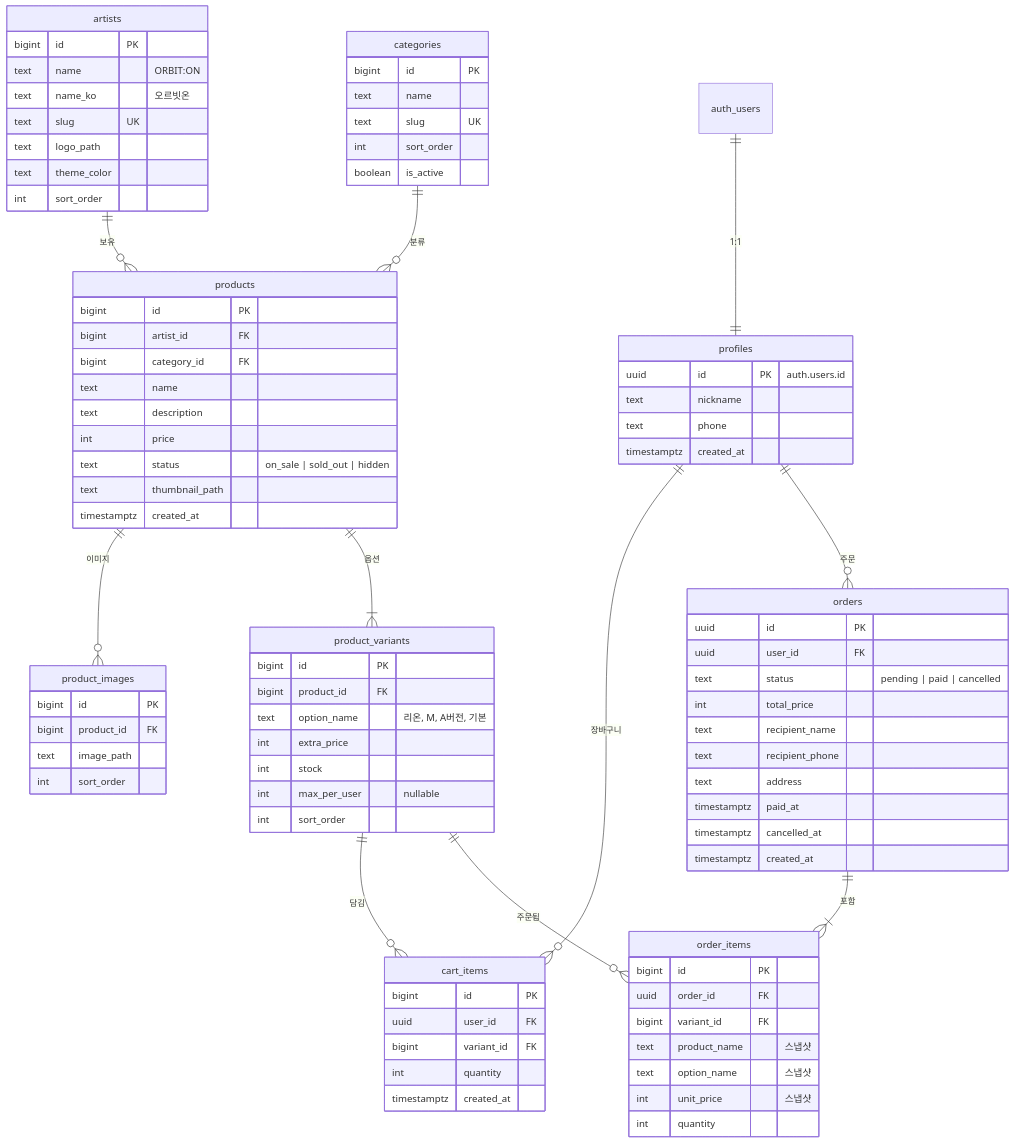
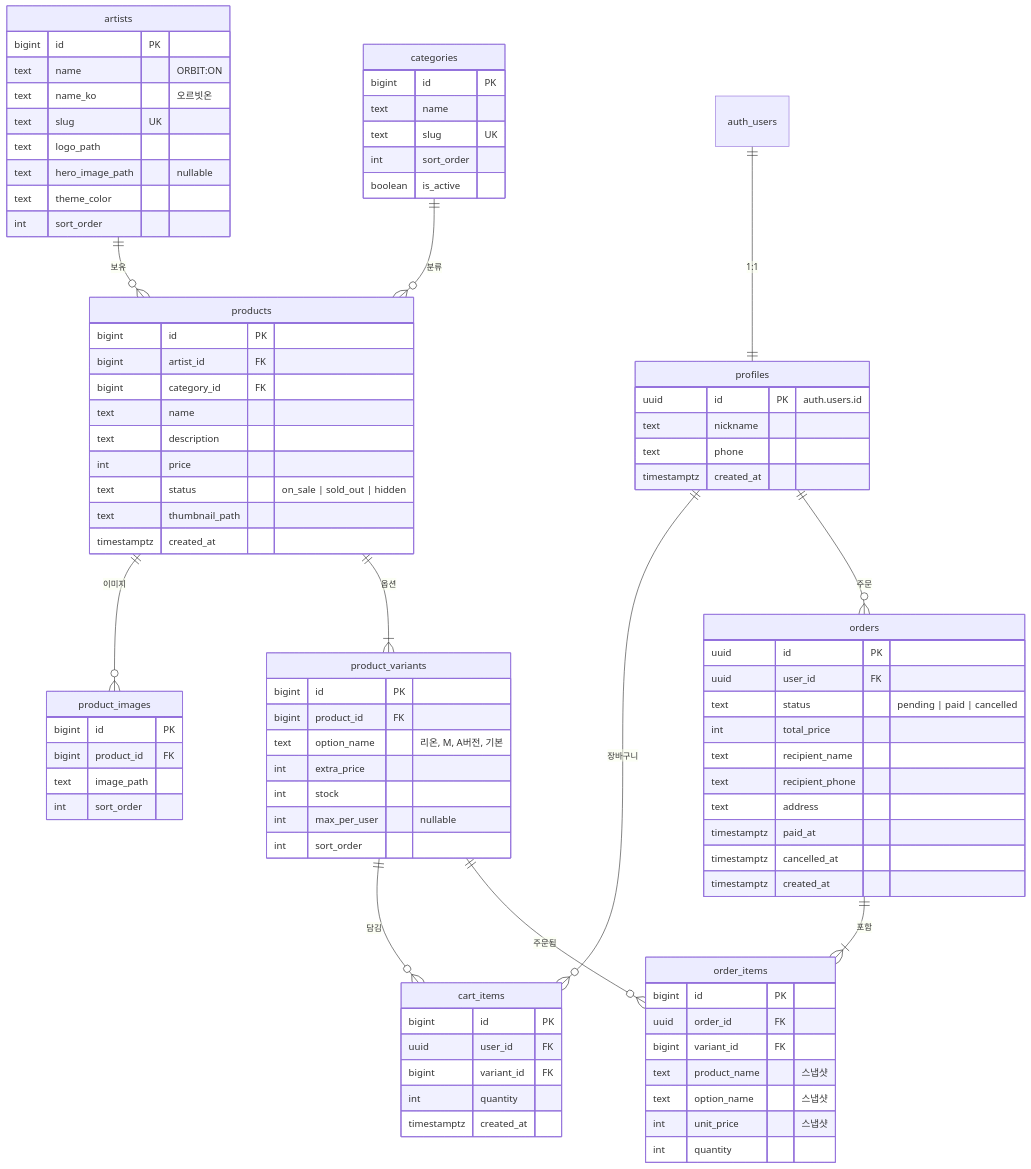
The first of 3 diagrams in docs/DB_DESIGN.md (jin-park0115/KANT_MOA), drawn with Mermaid before and after one commit. The commit also changed other lines of this file and 1 other file, not shown here.

Commit message:
docs: 아티스트 배경 이미지(hero_image_path) 및 테마 색상 반영

```diff
--- a/docs/DB_DESIGN.md
+++ b/docs/DB_DESIGN.md
@@ -60,6 +60,7 @@
         text name_ko "오르빗온"
         text slug UK
         text logo_path
+        text hero_image_path "nullable"
         text theme_color
         int sort_order
     }
```
